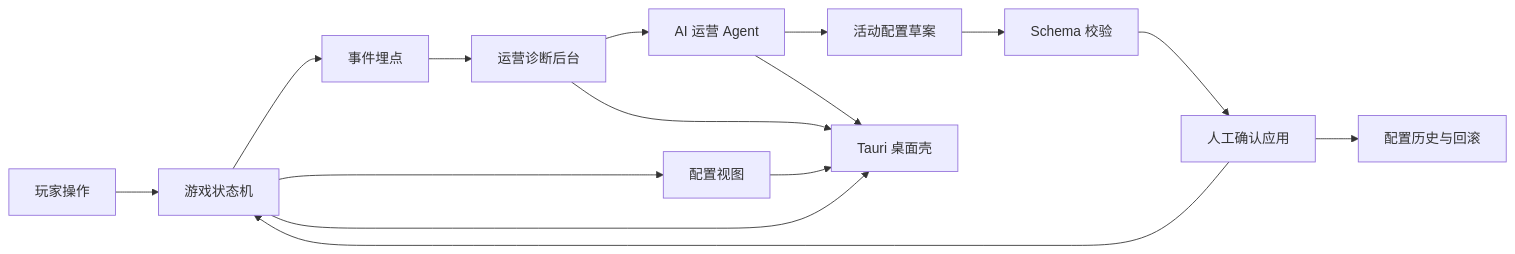
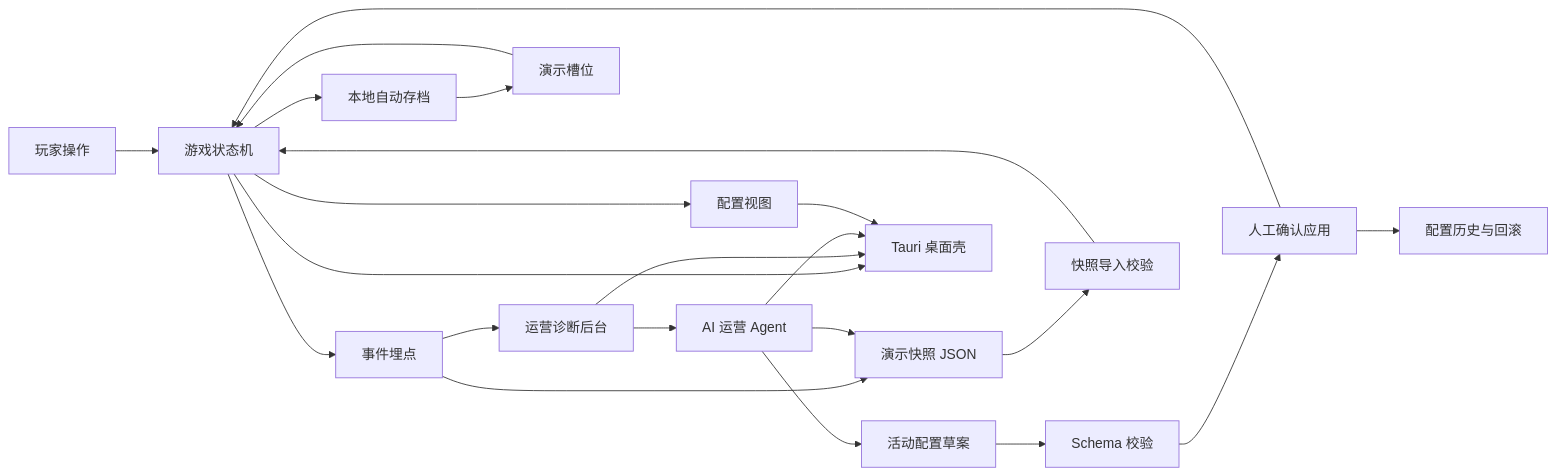
The diagram in docs/Architecture.md (Ey1afjalla/second-game), drawn with Mermaid before and after one commit. The commit also changed other lines of this file and 22 other files, not shown here.

````diff
--- a/docs/Architecture.md
+++ b/docs/Architecture.md
@@ -7,17 +7,24 @@
 ```mermaid
 flowchart LR
   Player["玩家操作"] --> Game["游戏状态机"]
   Game --> Events["事件埋点"]
   Events --> Ops["运营诊断后台"]
   Ops --> Agent["AI 运营 Agent"]
   Game --> Config["配置视图"]
   Agent --> Draft["活动配置草案"]
   Draft --> Validate["Schema 校验"]
   Validate --> Apply["人工确认应用"]
   Apply --> Game
   Apply --> History["配置历史与回滚"]
+  Game --> LocalSave["本地自动存档"]
+  LocalSave --> Slots["演示槽位"]
+  Slots --> Game
+  Events --> Snapshot["演示快照 JSON"]
+  Agent --> Snapshot
+  Snapshot --> Import["快照导入校验"]
+  Import --> Game
   Game --> Tauri["Tauri 桌面壳"]
   Ops --> Tauri
   Agent --> Tauri
   Config --> Tauri
 ```
````
